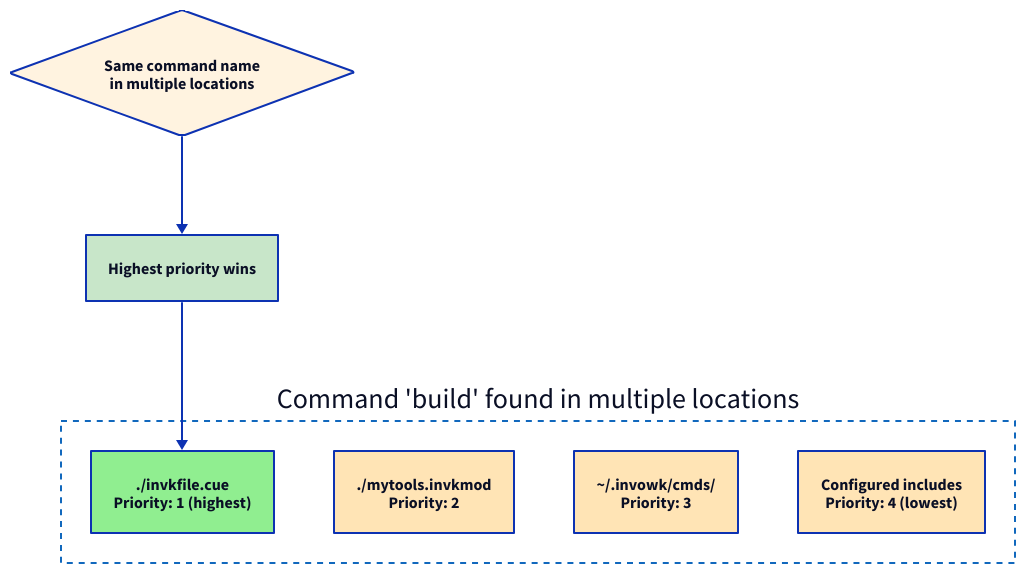
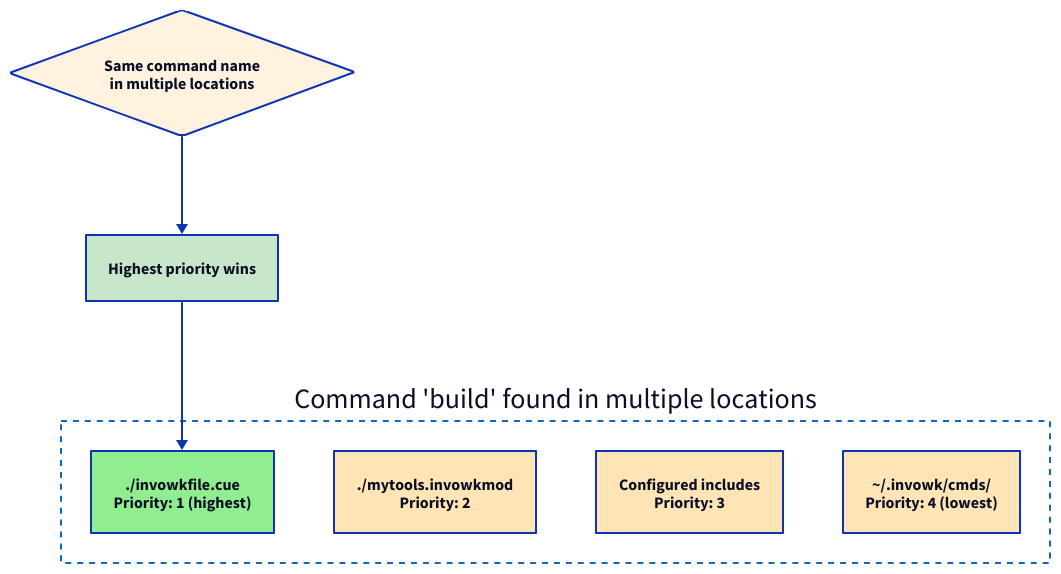
The diagram in docs/diagrams/flowcharts/discovery-conflict.d2 (invowk/invowk), drawn with D2 before and after one commit. The commit also changed 489 other files, not shown here. The source asks for the TALA layout; these drawings use dagre instead.

First line of the commit message:
refactor: rename invk references — invkfile→invowkfile, invkmod→invowkmod, --invk-*→--ivk-* (#43)

```diff
--- a/docs/diagrams/flowcharts/discovery-conflict.d2
+++ b/docs/diagrams/flowcharts/discovery-conflict.d2
@@ -1,59 +1,59 @@
 # Discovery Conflict Resolution Flowchart
 #
 # Shows how Invowk resolves conflicts when the same command
 # name exists in multiple discovery locations.
 # Key principle: Highest priority wins.
 #
 # Source: docs/architecture/flowchart-discovery.md
 
 vars: {
   d2-config: {
     layout-engine: tala
   }
 }
 
 direction: down
 
 # ==============================================================================
 # Command Found in Multiple Locations
 # ==============================================================================
 
 locations: Command 'build' found in multiple locations {
   style: {
     stroke: "#1168BD"
     stroke-dash: 3
     fill: transparent
   }
 
-  L1: ./invkfile.cue\nPriority: 1 (highest) {
+  L1: ./invowkfile.cue\nPriority: 1 (highest) {
     style.fill: "#90EE90"
   }
 
-  L2: ./mytools.invkmod\nPriority: 2 {
+  L2: ./mytools.invowkmod\nPriority: 2 {
     style.fill: "#FFE4B5"
   }
 
-  L3: ~/.invowk/cmds/\nPriority: 3 {
+  L3: Configured includes\nPriority: 3 {
     style.fill: "#FFE4B5"
   }
 
-  L4: Configured includes\nPriority: 4 (lowest) {
+  L4: ~/.invowk/cmds/\nPriority: 4 (lowest) {
     style.fill: "#FFE4B5"
   }
 }
 
 # ==============================================================================
 # Resolution
 # ==============================================================================
 
 Conflict: Same command name\nin multiple locations {
   shape: diamond
   style.fill: "#FFF3E0"
 }
 
 Winner: Highest priority wins {
   style.fill: "#C8E6C9"
 }
 
 Conflict -> Winner
 Winner -> locations.L1
```
